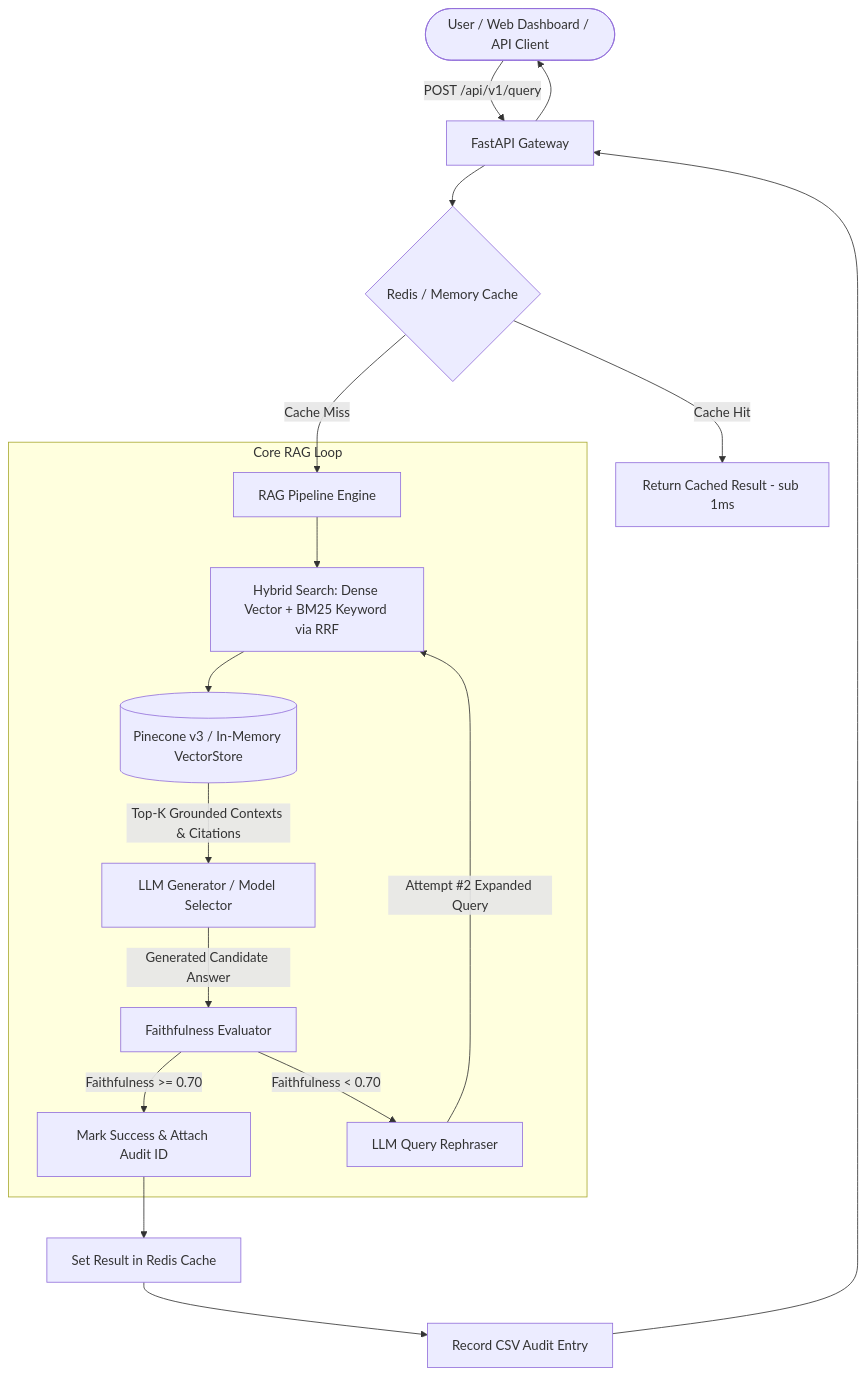
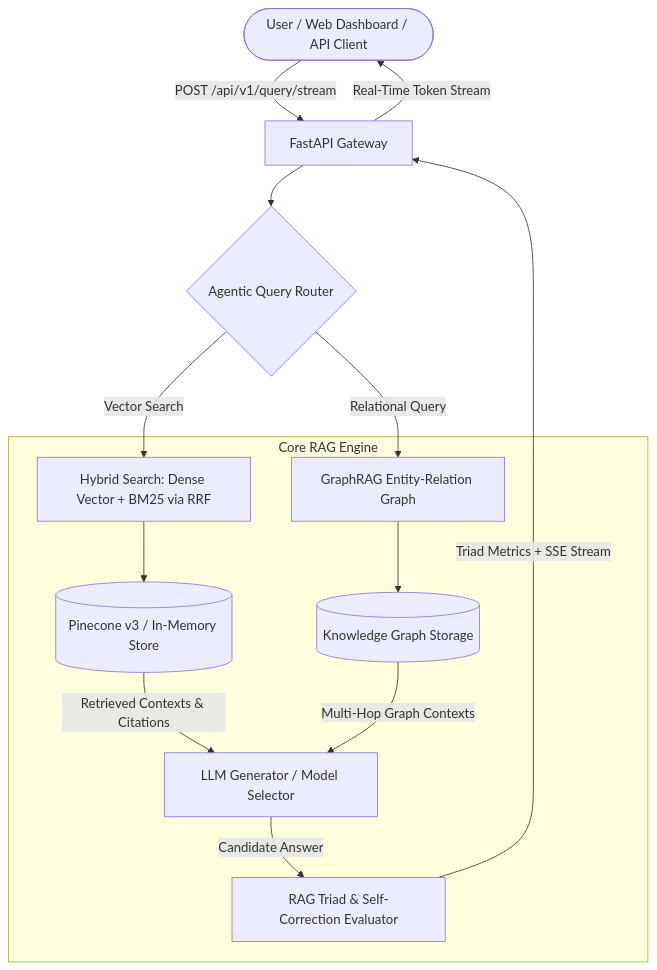
One commit to udbhav968-creator/RAG-PROJECT changed the diagram in README.md. Above: the diagram before and after it, drawn with Mermaid. The commit also changed other lines of this file and 10 other files, not shown here.

Commit message:
feat(v2.5): add RAG Triad evaluation, GraphRAG engine, Agentic Router, SSE streaming, and GitHub Actions CI/CD

````diff
--- a/README.md
+++ b/README.md
@@ -36,26 +33,22 @@
 ```mermaid
 flowchart TD
-    User([User / Web Dashboard / API Client]) -->|POST /api/v1/query| API[FastAPI Gateway]
+    User([User / Web Dashboard / API Client]) -->|POST /api/v1/query/stream| API[FastAPI Gateway]
     
-    API --> CacheCheck{Redis / Memory Cache}
-    CacheCheck -- Cache Hit --> CachedResp[Return Cached Result - sub 1ms]
+    API --> AgentRouter{Agentic Query Router}
     
-    CacheCheck -- Cache Miss --> RAGPipeline[RAG Pipeline Engine]
+    AgentRouter -->|Vector Search| HybridSearch[Hybrid Search: Dense Vector + BM25 via RRF]
+    AgentRouter -->|Relational Query| GraphRAG[GraphRAG Entity-Relation Graph]
     
-    subgraph Core RAG Loop
-        RAGPipeline --> HybridSearch[Hybrid Search: Dense Vector + BM25 Keyword via RRF]
-        HybridSearch --> VectorDB[(Pinecone v3 / In-Memory VectorStore)]
-        VectorDB -->|Top-K Grounded Contexts & Citations| Generator[LLM Generator / Model Selector]
-        Generator -->|Generated Candidate Answer| Scorer[Faithfulness Evaluator]
+    subgraph Core RAG Engine
+        HybridSearch --> VectorDB[(Pinecone v3 / In-Memory Store)]
+        GraphRAG --> GraphEngine[(Knowledge Graph Storage)]
         
-        Scorer -->|Faithfulness >= 0.70| SuccessPass[Mark Success & Attach Audit ID]
-        Scorer -->|Faithfulness < 0.70| Rephraser[LLM Query Rephraser]
+        VectorDB -->|Retrieved Contexts & Citations| Generator[LLM Generator / Model Selector]
+        GraphEngine -->|Multi-Hop Graph Contexts| Generator
         
-        Rephraser -->|Attempt #2 Expanded Query| HybridSearch
+        Generator -->|Candidate Answer| Evaluator[RAG Triad & Self-Correction Evaluator]
     end
     
-    SuccessPass --> CacheStore[Set Result in Redis Cache]
-    CacheStore --> AuditRecorder[Record CSV Audit Entry]
-    AuditRecorder --> API
-    API --> User
+    Evaluator -->|Triad Metrics + SSE Stream| API
+    API -->|Real-Time Token Stream| User
 ```
````
